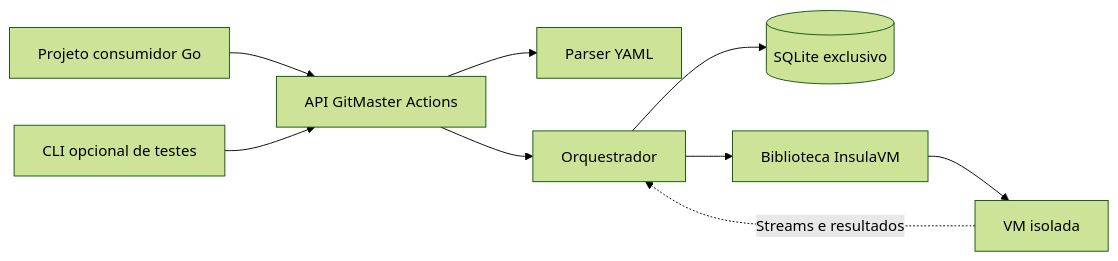
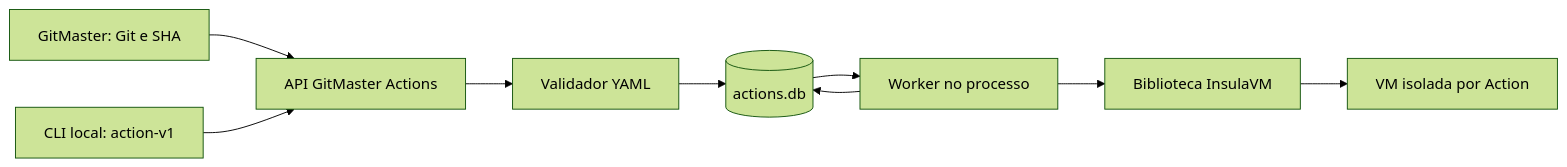
Before and after one commit to ahhvahh/gitmaster-actions: the diagram in docs/arquitetura/ARQ-001-executor-actions.md, drawn with Mermaid (forest theme). The commit also changed other lines of this file and 22 other files, not shown here.

Commit message:
feat: unify durable action lifecycle and migrate legacy history into independent SQLite

````diff
--- a/docs/arquitetura/ARQ-001-executor-actions.md
+++ b/docs/arquitetura/ARQ-001-executor-actions.md
@@ -25,11 +10,11 @@
 ```mermaid
 flowchart LR
-    C[Projeto consumidor Go] --> A[API GitMaster Actions]
-    T[CLI opcional de testes] --> A
-    A --> P[Parser YAML]
-    A --> O[Orquestrador]
-    O --> D[(SQLite exclusivo)]
-    O --> I[Biblioteca InsulaVM]
-    I --> V[VM isolada]
-    V -. Streams e resultados .-> O
+    G[GitMaster: Git e SHA] --> A[API GitMaster Actions]
+    L[CLI local: action-v1] --> A
+    A --> P[Validador YAML]
+    P --> D[(actions.db)]
+    D --> W[Worker no processo]
+    W --> I[Biblioteca InsulaVM]
+    I --> V[VM isolada por Action]
+    W --> D
 ```
````
